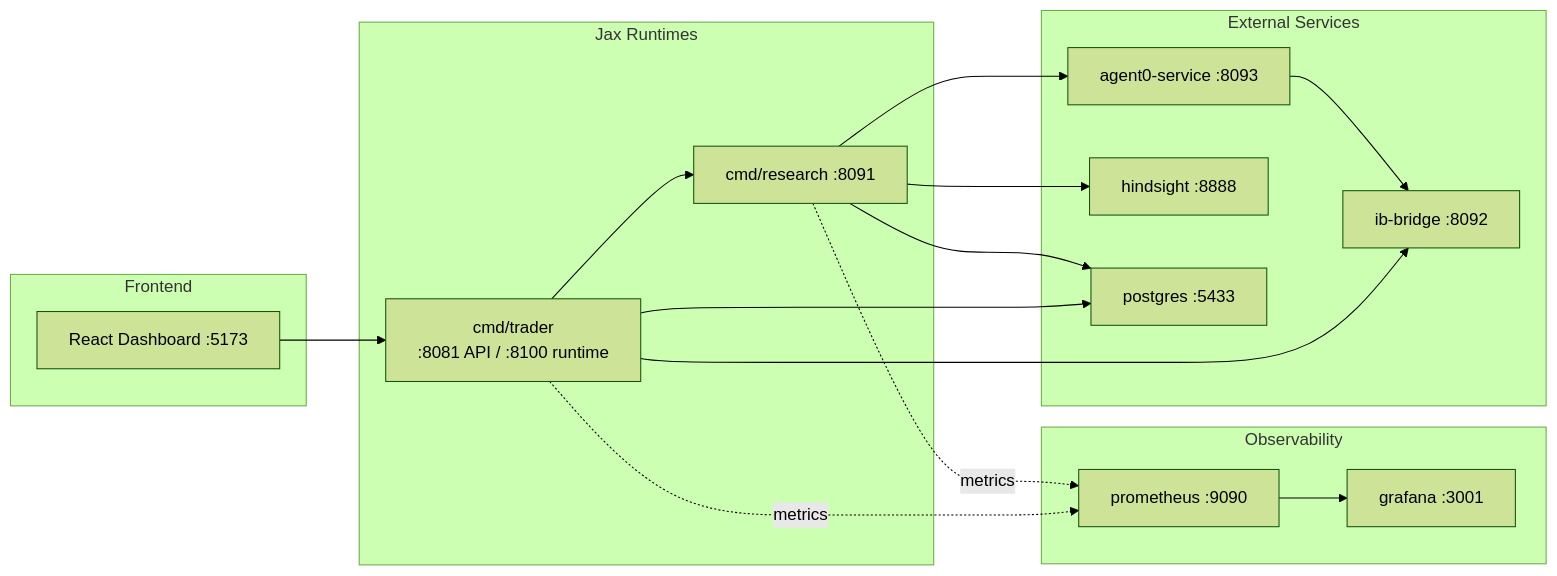
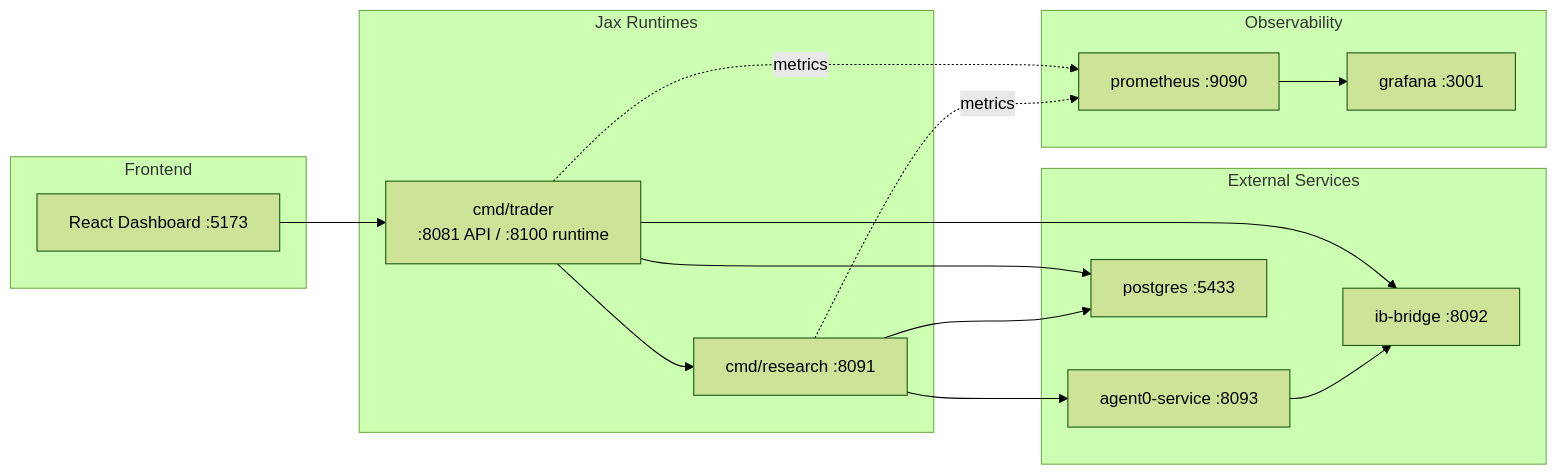
The diagram in Docs/ARCHITECTURE_DIAGRAM.md (Funky1981/jax-trading-assistant), drawn with Mermaid (forest theme) before and after one commit. The commit also changed other lines of this file and 45 other files, not shown here.

````diff
--- a/Docs/ARCHITECTURE_DIAGRAM.md
+++ b/Docs/ARCHITECTURE_DIAGRAM.md
@@ -3,37 +3,35 @@
 ```mermaid
 flowchart LR
   subgraph UI["Frontend"]
     FE["React Dashboard :5173"]
   end
 
   subgraph JAX["Jax Runtimes"]
     TRADER["cmd/trader
 :8081 API / :8100 runtime"]
     RESEARCH["cmd/research :8091"]
   end
 
   subgraph EXT["External Services"]
     IBB["ib-bridge :8092"]
     AGENT0["agent0-service :8093"]
-    HIND["hindsight :8888"]
     PG["postgres :5433"]
   end
 
   subgraph OBS["Observability"]
     PROM["prometheus :9090"]
     GRAF["grafana :3001"]
   end
 
   FE --> TRADER
   TRADER --> RESEARCH
   TRADER --> IBB
   TRADER --> PG
   RESEARCH --> AGENT0
-  RESEARCH --> HIND
   RESEARCH --> PG
   AGENT0 --> IBB
 
   TRADER -. metrics .-> PROM
   RESEARCH -. metrics .-> PROM
   PROM --> GRAF
 ```
````
